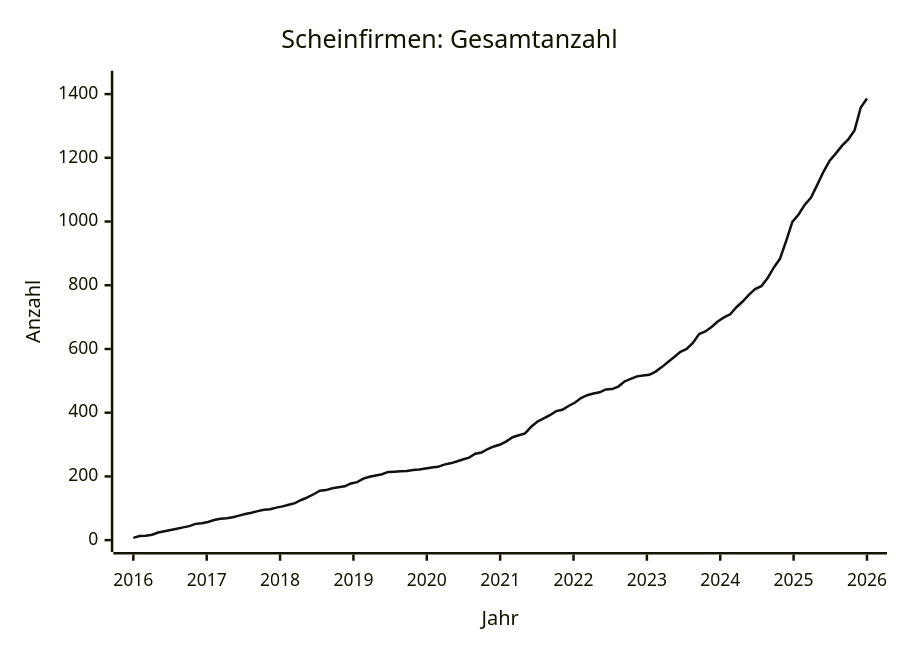
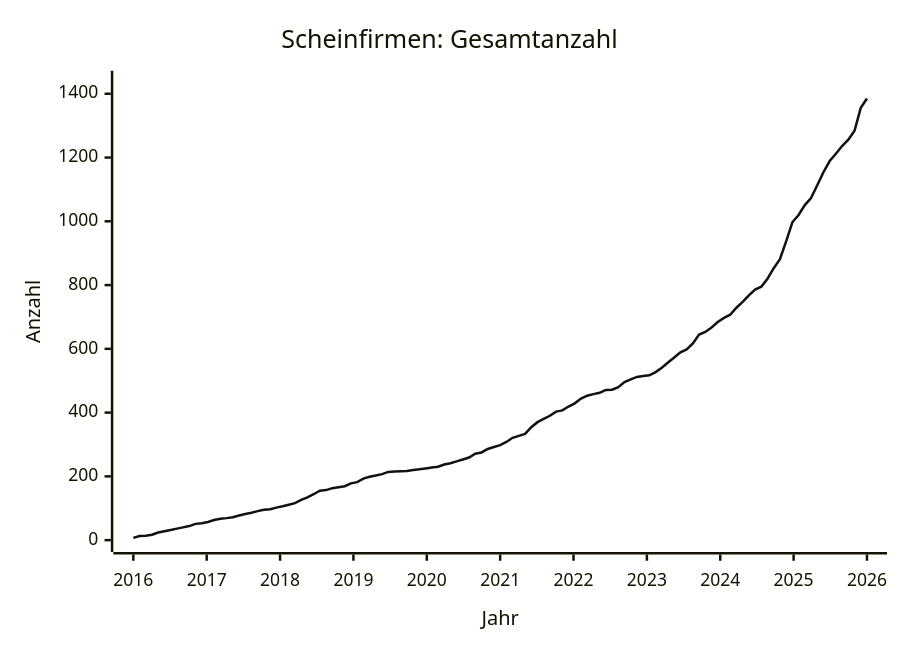
One commit to arjoma/scheinfirmen-at changed the diagram in data/STATS.md. Above: the diagram before and after it, drawn with Mermaid. The commit also changed other lines of this file and 3 other files, not shown here.

````diff
--- a/data/STATS.md
+++ b/data/STATS.md
@@ -9,13 +9,13 @@
 ```mermaid
 ---
 config:
   themeVariables:
     xyChart:
       plotColorPalette: "#111111"
 ---
 xychart-beta
     title "Scheinfirmen: Gesamtanzahl"
     x-axis "Jahr" 2016 --> 2026
-    y-axis "Anzahl" 0 --> 1436
-    line [7, 13, 14, 17, 24, 28, 32, 36, 40, 44, 51, 53, 57, 63, 67, 69, 72, 77, 82, 86, 91, 95, 97, 102, 106, 111, 116, 126, 134, 144, 155, 157, 163, 166, 169, 178, 182, 193, 199, 203, 207, 214, 215, 216, 217, 220, 222, 225, 228, 230, 237, 241, 247, 253, 259, 271, 275, 286, 294, 300, 310, 323, 329, 335, 356, 372, 382, 392, 405, 409, 421, 431, 446, 455, 460, 464, 473, 474, 482, 498, 506, 514, 517, 519, 529, 543, 559, 575, 591, 600, 619, 647, 655, 669, 686, 699, 709, 731, 749, 770, 788, 797, 822, 855, 883, 939, 999, 1022, 1053, 1075, 1115, 1156, 1191, 1214, 1238, 1258, 1286, 1358, 1386]
+    y-axis "Anzahl" 0 --> 1435
+    line [7, 13, 14, 17, 24, 28, 32, 36, 40, 44, 51, 53, 57, 63, 67, 69, 72, 77, 82, 86, 91, 95, 97, 102, 106, 111, 116, 126, 134, 144, 155, 157, 163, 166, 169, 178, 182, 193, 199, 203, 207, 214, 215, 216, 217, 220, 222, 225, 228, 230, 237, 241, 247, 253, 259, 271, 275, 286, 292, 298, 308, 321, 327, 333, 354, 370, 380, 390, 403, 407, 419, 429, 444, 453, 458, 462, 471, 472, 480, 496, 504, 512, 515, 517, 527, 541, 557, 573, 589, 598, 617, 645, 653, 667, 684, 697, 707, 729, 747, 768, 786, 795, 820, 853, 881, 937, 997, 1020, 1051, 1073, 1113, 1154, 1189, 1212, 1236, 1256, 1284, 1356, 1385]
 ```
````
